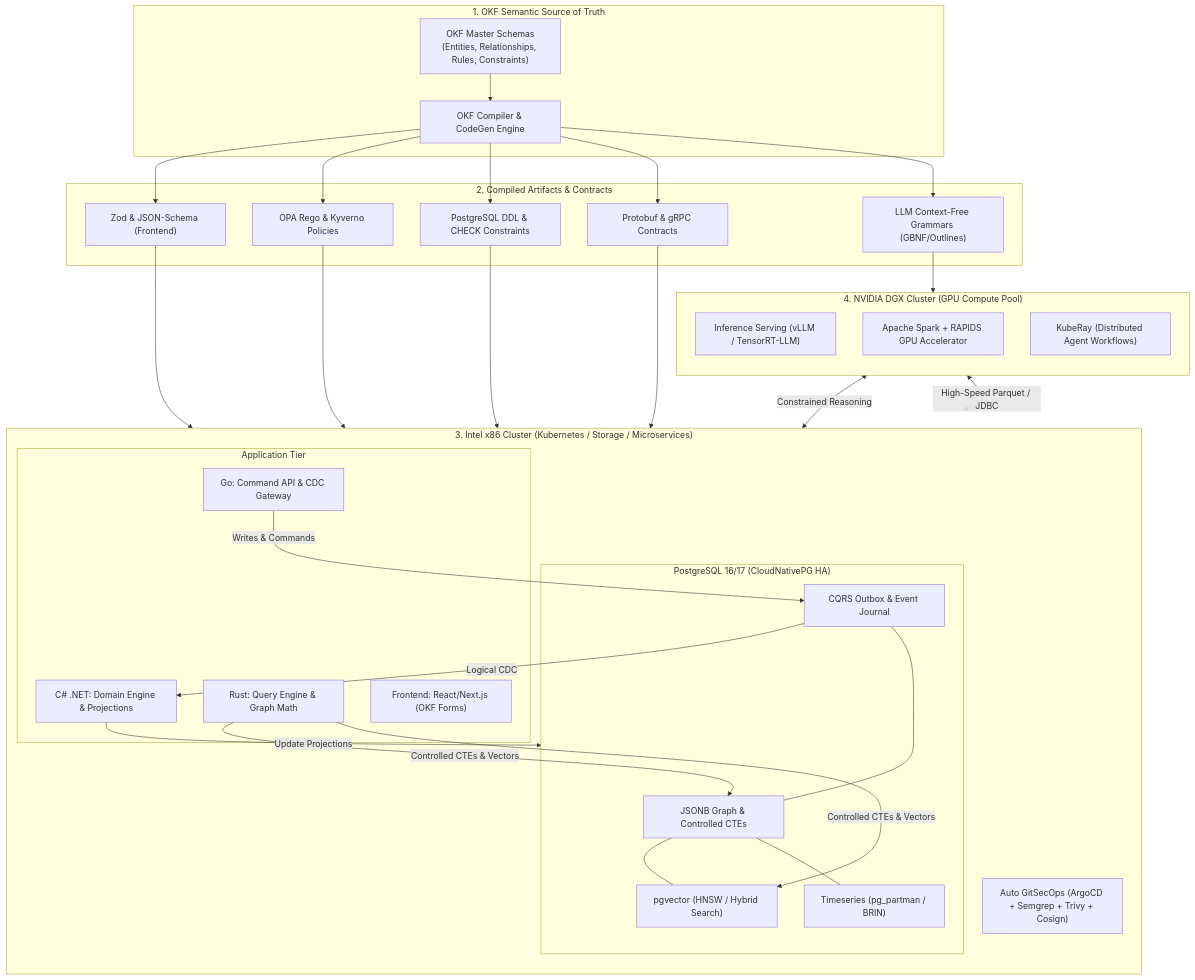
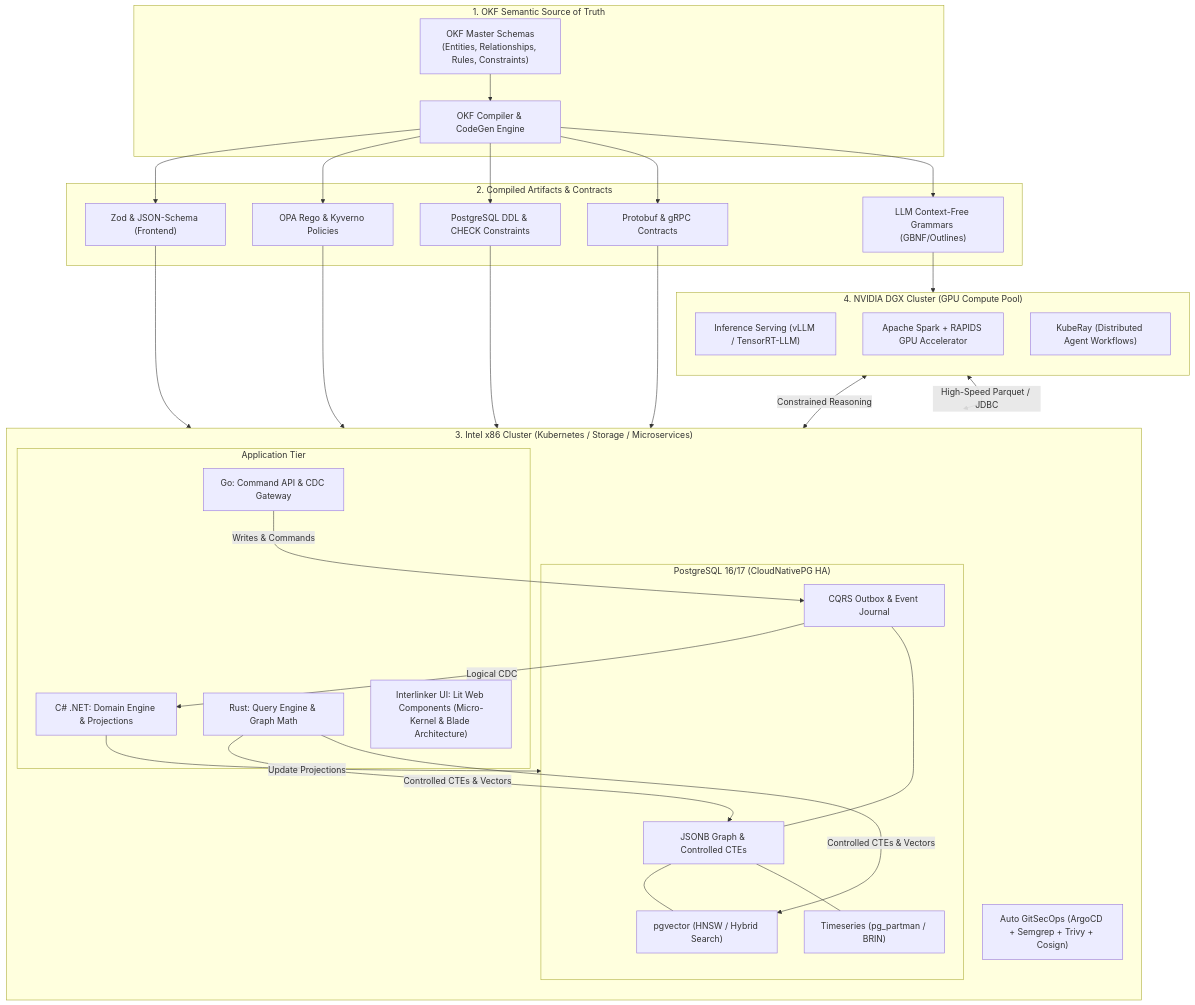
The diagram in 00 Arch-roadmap-tools/README.md (Pros-pano/technical-depth), drawn with Mermaid before and after one commit. The commit also changed other lines of this file and 1 other file, not shown here.

Commit message:
docs(arch): codify Interlinker UI micro-kernel, Lit web components, and blade architecture

````diff
--- a/00 Arch-roadmap-tools/README.md
+++ b/00 Arch-roadmap-tools/README.md
@@ -29,65 +42,65 @@
 ```mermaid
 flowchart TD
     subgraph OKF_Source["1. OKF Semantic Source of Truth"]
         OKF["OKF Master Schemas<br/>(Entities, Relationships, Rules, Constraints)"]
         Compiler["OKF Compiler & CodeGen Engine"]
         OKF --> Compiler
     end
 
     subgraph Generated_Artifacts["2. Compiled Artifacts & Contracts"]
         DB_DDL["PostgreSQL DDL & CHECK Constraints"]
         Protos["Protobuf & gRPC Contracts"]
         Zod_Schema["Zod & JSON-Schema (Frontend)"]
         CFG_Rules["LLM Context-Free Grammars (GBNF/Outlines)"]
         SecOps_Pol["OPA Rego & Kyverno Policies"]
         
         Compiler --> DB_DDL
         Compiler --> Protos
         Compiler --> Zod_Schema
         Compiler --> CFG_Rules
         Compiler --> SecOps_Pol
     end
 
     subgraph Intel_Cluster["3. Intel x86 Cluster (Kubernetes / Storage / Microservices)"]
         direction TB
         
         subgraph PG_Engine["PostgreSQL 16/17 (CloudNativePG HA)"]
             PG_Graph["JSONB Graph & Controlled CTEs"]
             PG_Vec["pgvector (HNSW / Hybrid Search)"]
             PG_Time["Timeseries (pg_partman / BRIN)"]
             PG_CQRS["CQRS Outbox & Event Journal"]
             PG_Graph --- PG_Vec & PG_Time & PG_CQRS
         end
 
         subgraph Polyglot_Services["Application Tier"]
             BE_Go["Go: Command API & CDC Gateway"]
             BE_DotNet["C# .NET: Domain Engine & Projections"]
             BE_Rust["Rust: Query Engine & Graph Math"]
-            UI["Frontend: React/Next.js (OKF Forms)"]
+            UI["Interlinker UI: Lit Web Components (Micro-Kernel & Blade Architecture)"]
         end
 
         GitOps["Auto GitSecOps (ArgoCD + Semgrep + Trivy + Cosign)"]
     end
 
     subgraph DGX_Cluster["4. NVIDIA DGX Cluster (GPU Compute Pool)"]
         direction TB
         vLLM["Inference Serving (vLLM / TensorRT-LLM)"]
         SparkRAPIDS["Apache Spark + RAPIDS GPU Accelerator"]
         RayActors["KubeRay (Distributed Agent Workflows)"]
     end
 
     DB_DDL --> PG_Engine
     Protos --> Polyglot_Services
     Zod_Schema --> UI
     CFG_Rules --> vLLM
     SecOps_Pol --> GitOps
 
     BE_Go -->|Writes & Commands| PG_CQRS
     PG_CQRS -->|Logical CDC| BE_DotNet
     BE_DotNet -->|Update Projections| PG_Engine
     BE_Rust -->|Controlled CTEs & Vectors| PG_Graph
     BE_Rust -->|Controlled CTEs & Vectors| PG_Vec
 
     SparkRAPIDS <-->|High-Speed Parquet / JDBC| PG_Engine
     vLLM <-->|Constrained Reasoning| BE_Rust
 ```
````
